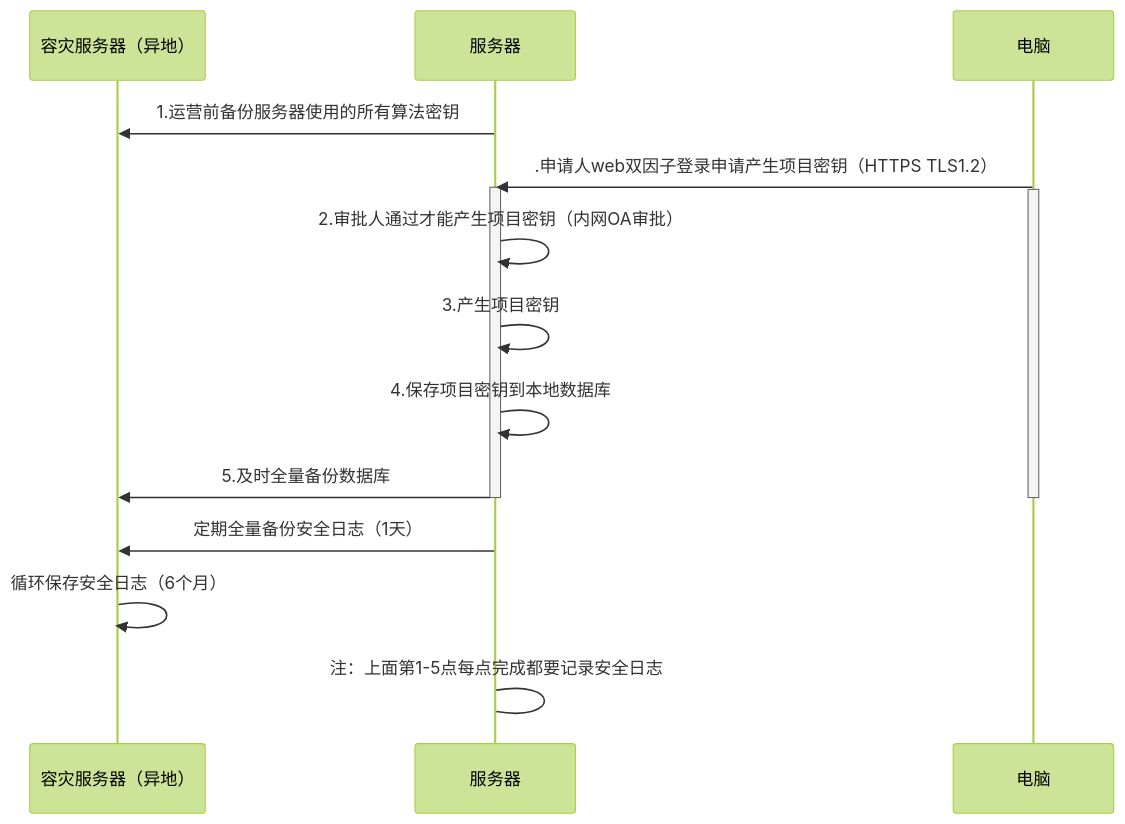
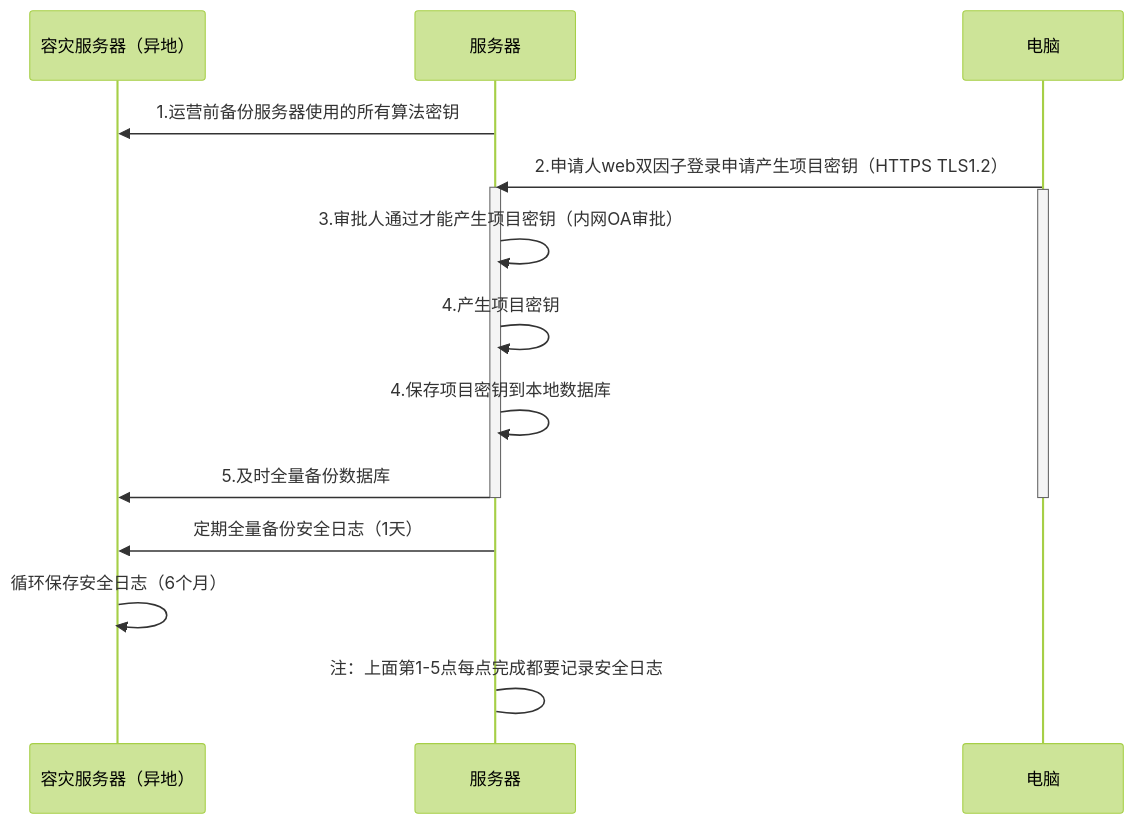
Before and after one commit to facebook-cloud/iodraw-files: the diagram in all/未命名-25.md, drawn with Mermaid (forest theme).

Commit message:
2026-04-21 14:14:45 update

````diff
--- a/all/未命名-25.md
+++ b/all/未命名-25.md
@@ -1,26 +1,26 @@
 ```mermaid
 sequenceDiagram
     participant A as 容灾服务器（异地）
     participant B as 服务器
     participant D as 电脑
 
     B->>A: 1.运营前备份服务器使用的所有算法密钥
-    D->>B: .申请人web双因子登录申请产生项目密钥（HTTPS TLS1.2）
+    D->>B: 2.申请人web双因子登录申请产生项目密钥（HTTPS TLS1.2）
     activate B
     activate D
-    B->>B: 2.审批人通过才能产生项目密钥（内网OA审批）
-    B->>B: 3.产生项目密钥
+    B->>B: 3.审批人通过才能产生项目密钥（内网OA审批）
+    B->>B: 4.产生项目密钥
     B->>B: 4.保存项目密钥到本地数据库
     B->>A: 5.及时全量备份数据库
 
     deactivate B
     deactivate D
 
     B->>A: 定期全量备份安全日志（1天）
     A->>A: 循环保存安全日志（6个月）
     
     B->B: 注：上面第1-5点每点完成都要记录安全日志
 
     
 
 ```
````
